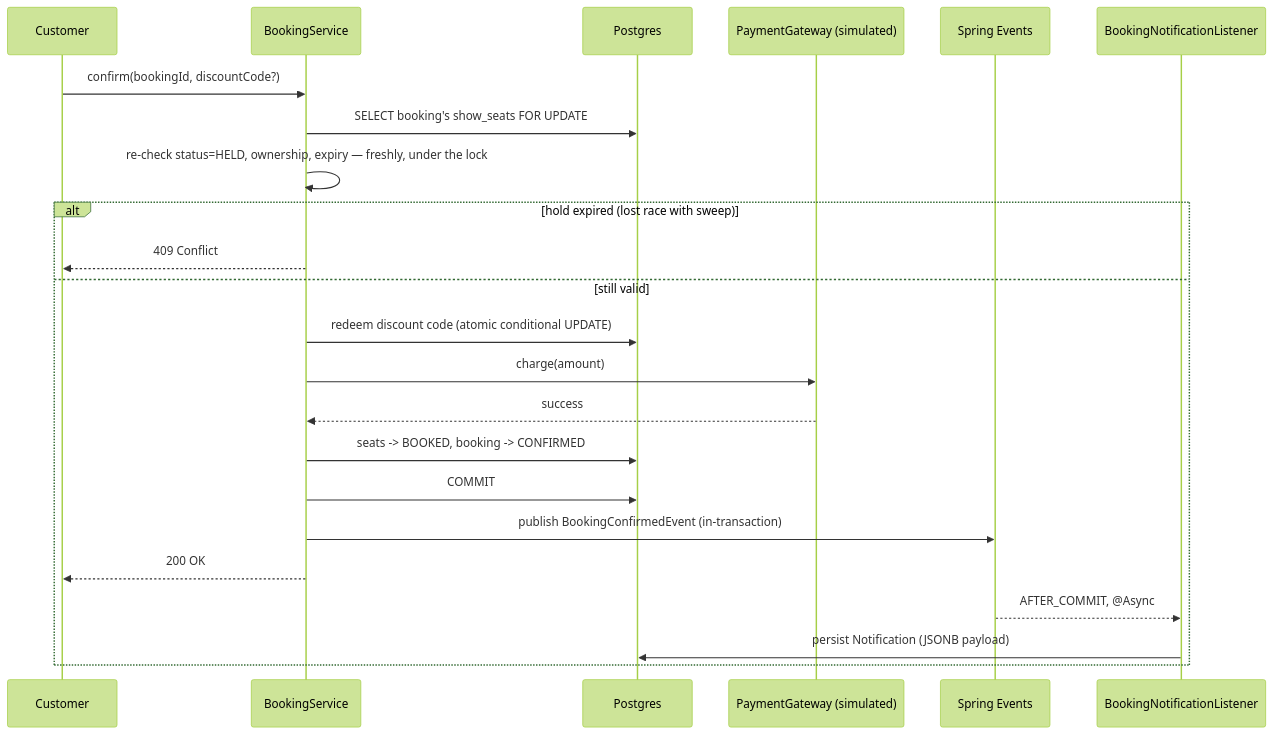
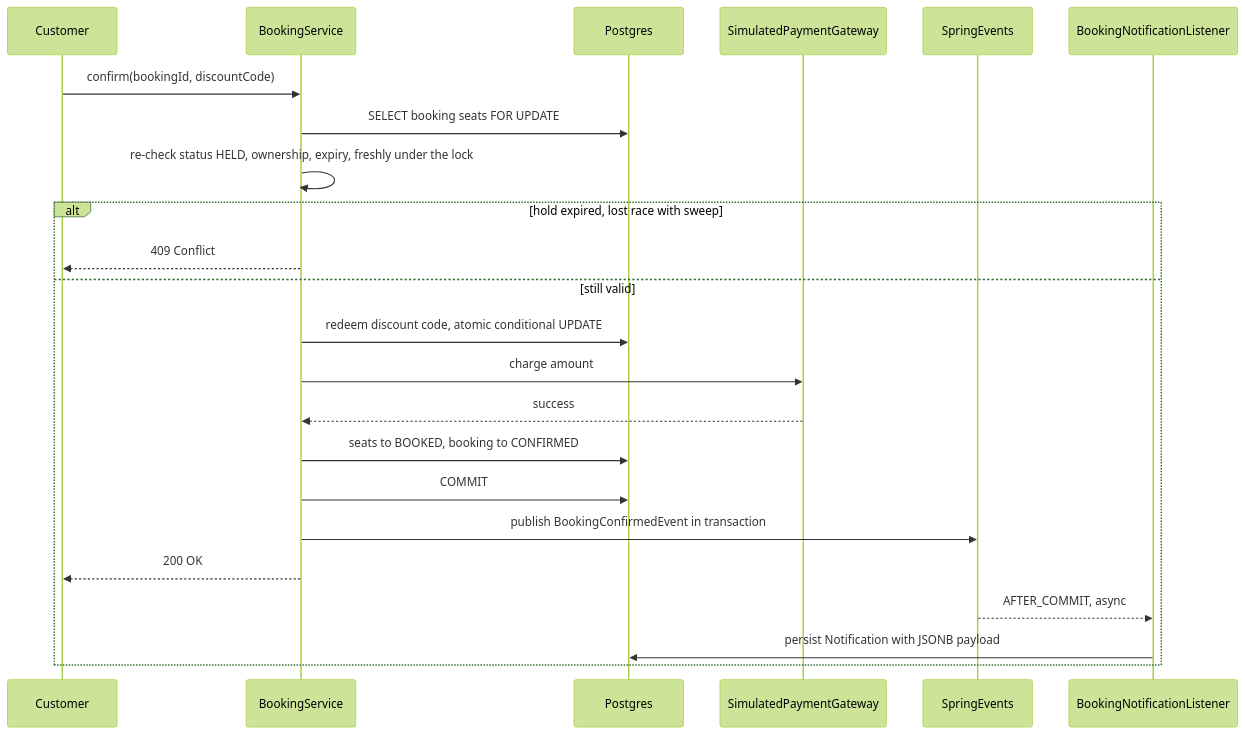
One commit to shivam-modi/dmg_assignment changed the fourth of 6 diagrams in ARCHITECTURE.md. Above: the diagram before and after it, drawn with Mermaid (forest theme). The commit also changed other lines of this file, not shown here.

Commit message:
Fix Mermaid sequence diagrams failing to render on GitHub
Both sequence diagrams used parentheses inside a participant alias
(e.g. "participant DB as Postgres (show_seats)") and a semicolon inside
a message ("BEGIN; SELECT seat 42 FOR UPDATE"). GitHub's Mermaid parser
doesn't like either — the semicolon in particular gets read as an
inline statement terminator, so it parses "BEGIN" as one complete
message and then chokes on the leftover "SELECT seat 42 FOR UPDATE"
merging into the next line. Removed all parenthesized aliases and all
semicolons from message text across both diagrams; the ER diagram,
component graph, and state diagrams didn't have either pattern.

````diff
--- a/ARCHITECTURE.md
+++ b/ARCHITECTURE.md
@@ -154,26 +154,26 @@
 ```mermaid
 sequenceDiagram
     participant C as Customer
     participant Svc as BookingService
     participant DB as Postgres
-    participant Pay as PaymentGateway (simulated)
-    participant Evt as Spring Events
+    participant Pay as SimulatedPaymentGateway
+    participant Evt as SpringEvents
     participant Listener as BookingNotificationListener
 
-    C->>Svc: confirm(bookingId, discountCode?)
-    Svc->>DB: SELECT booking's show_seats FOR UPDATE
-    Svc->>Svc: re-check status=HELD, ownership, expiry — freshly, under the lock
-    alt hold expired (lost race with sweep)
+    C->>Svc: confirm(bookingId, discountCode)
+    Svc->>DB: SELECT booking seats FOR UPDATE
+    Svc->>Svc: re-check status HELD, ownership, expiry, freshly under the lock
+    alt hold expired, lost race with sweep
         Svc-->>C: 409 Conflict
     else still valid
-        Svc->>DB: redeem discount code (atomic conditional UPDATE)
-        Svc->>Pay: charge(amount)
+        Svc->>DB: redeem discount code, atomic conditional UPDATE
+        Svc->>Pay: charge amount
         Pay-->>Svc: success
-        Svc->>DB: seats -> BOOKED, booking -> CONFIRMED
+        Svc->>DB: seats to BOOKED, booking to CONFIRMED
         Svc->>DB: COMMIT
-        Svc->>Evt: publish BookingConfirmedEvent (in-transaction)
+        Svc->>Evt: publish BookingConfirmedEvent in transaction
         Svc-->>C: 200 OK
-        Evt-->>Listener: AFTER_COMMIT, @Async
-        Listener->>DB: persist Notification (JSONB payload)
+        Evt-->>Listener: AFTER_COMMIT, async
+        Listener->>DB: persist Notification with JSONB payload
     end
 ```
````
